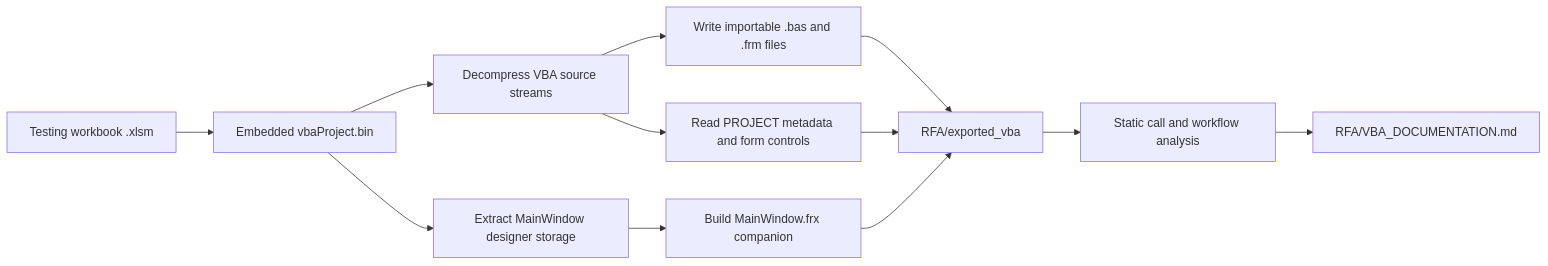
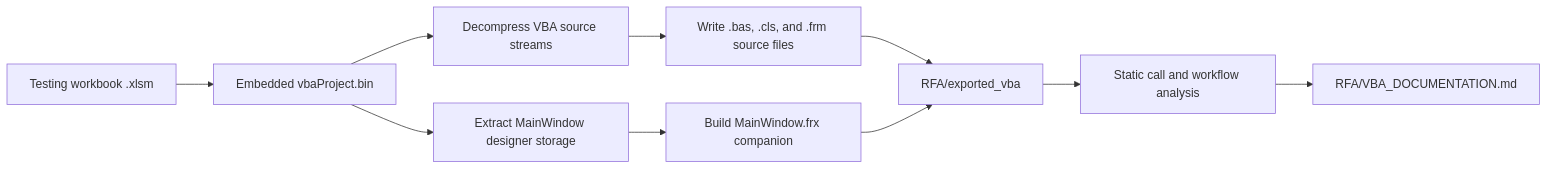
The fifth of 5 diagrams in RFA/VBA_DOCUMENTATION.md (moonstarph23/Common-Script), drawn with Mermaid before and after one commit. The commit also changed other lines of this file and 5 other files, not shown here.

````diff
--- a/RFA/VBA_DOCUMENTATION.md
+++ b/RFA/VBA_DOCUMENTATION.md
@@ -218,14 +219,12 @@
 ```mermaid
 flowchart LR
     XLSM["Testing workbook .xlsm"] --> VBAProject["Embedded vbaProject.bin"]
     VBAProject --> Extract["Decompress VBA source streams"]
     VBAProject --> Designer["Extract MainWindow designer storage"]
-    Extract --> Keep["Write importable .bas and .frm files"]
+    Extract --> Keep["Write .bas, .cls, and .frm source files"]
     Designer --> FRX["Build MainWindow.frx companion"]
-    Extract --> Meta["Read PROJECT metadata and form controls"]
     Keep --> Folder["RFA/exported_vba"]
     FRX --> Folder
-    Meta --> Folder
     Folder --> Review["Static call and workflow analysis"]
     Review --> Docs["RFA/VBA_DOCUMENTATION.md"]
 ```
````
